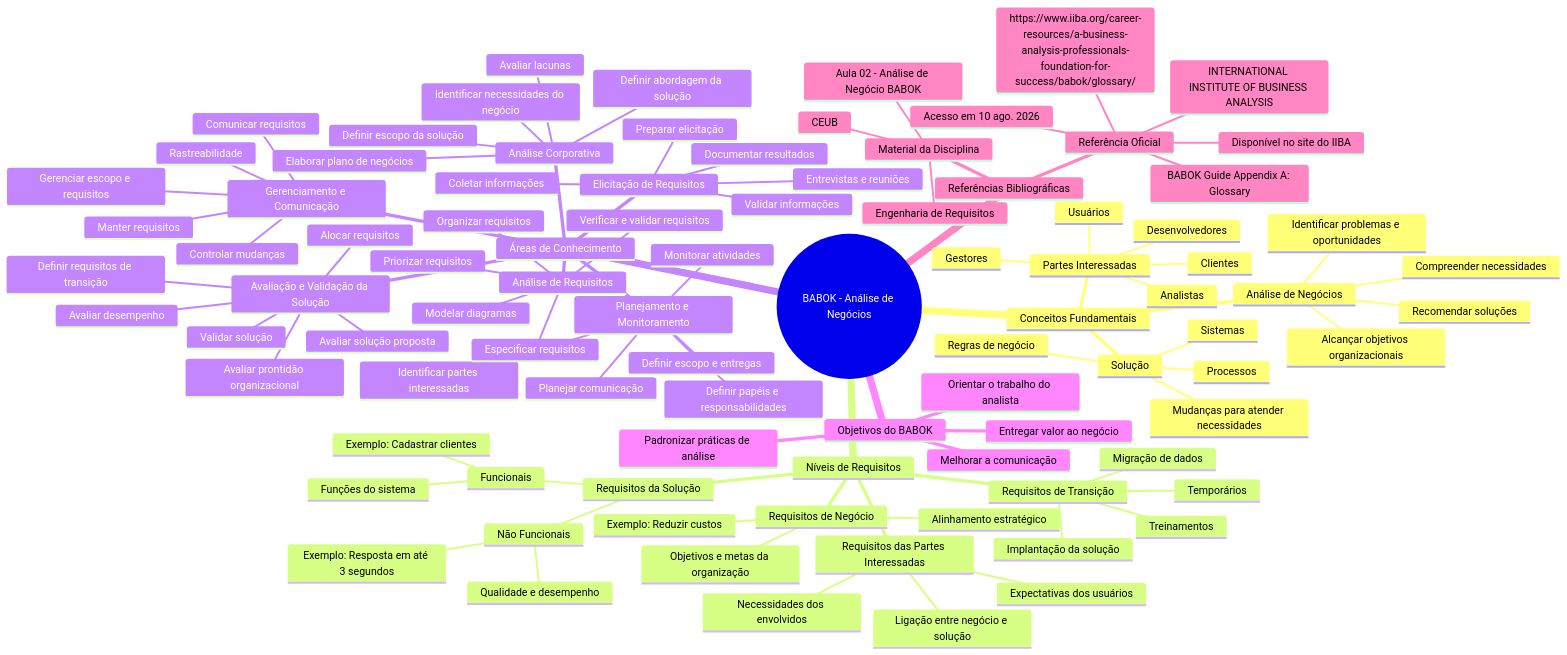
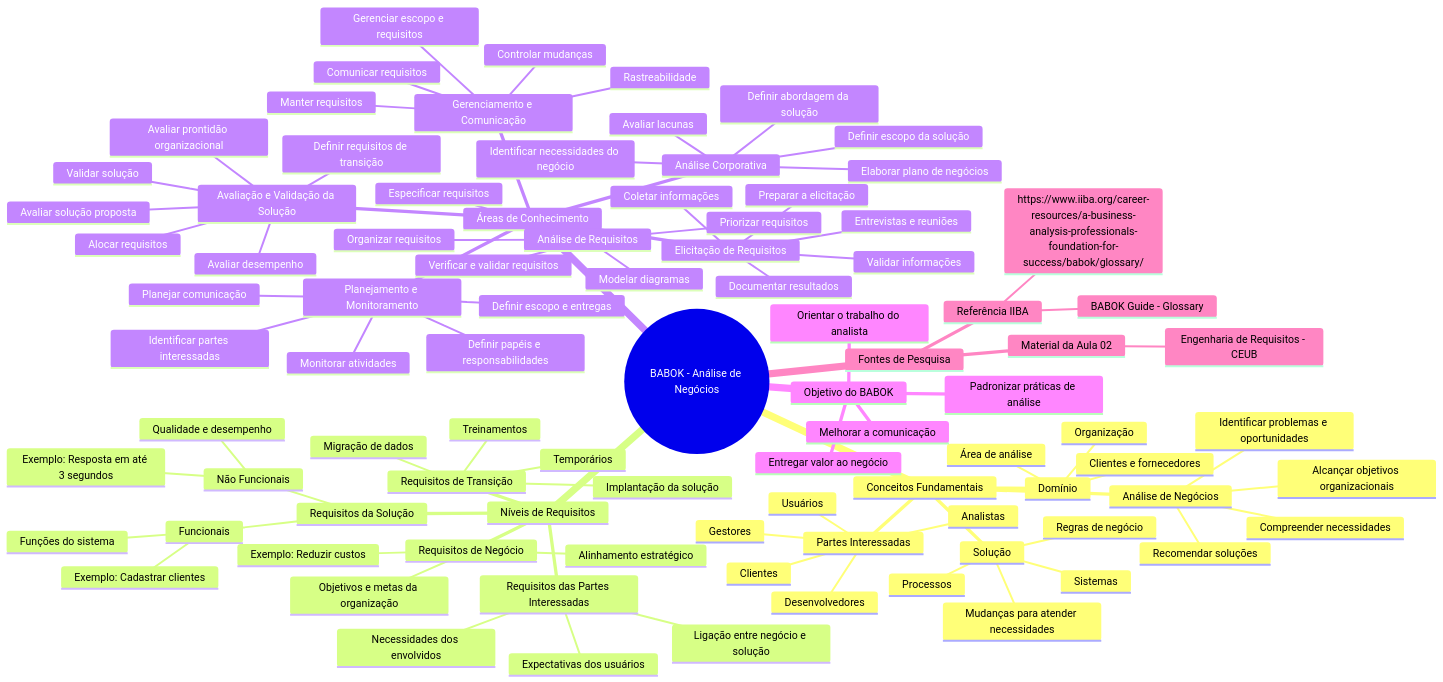
The diagram in Unidade 2/MapaMentalBabok.md (anabeatrizAC/Engenharia-de-Requisitos-1), drawn with Mermaid before and after one commit.

Commit message:
Revise BABOK document structure and references
Updated sections on objectives and references in the BABOK document.

````diff
--- a/Unidade 2/MapaMentalBabok.md
+++ b/Unidade 2/MapaMentalBabok.md
@@ -8,6 +8,10 @@
         Compreender necessidades
         Recomendar soluções
         Alcançar objetivos organizacionais
+      Domínio
+        Área de análise
+        Organização
+        Clientes e fornecedores
       Partes Interessadas
         Clientes
         Usuários
@@ -50,7 +54,7 @@
         Definir escopo e entregas
         Monitorar atividades
       Elicitação de Requisitos
-        Preparar elicitação
+        Preparar a elicitação
         Entrevistas e reuniões
         Coletar informações
         Documentar resultados
@@ -81,21 +85,16 @@
         Validar solução
         Avaliar desempenho
 
-    Objetivos do BABOK
+    Objetivo do BABOK
       Padronizar práticas de análise
       Orientar o trabalho do analista
       Melhorar a comunicação
       Entregar valor ao negócio
 
-    Referências Bibliográficas
-      Material da Disciplina
-        Engenharia de Requisitos
-        Aula 02 - Análise de Negócio BABOK
-        CEUB
-      Referência Oficial
-        INTERNATIONAL INSTITUTE OF BUSINESS ANALYSIS
-        BABOK Guide Appendix A: Glossary
-        Disponível no site do IIBA
+    Fontes de Pesquisa
+      Material da Aula 02
+        Engenharia de Requisitos - CEUB
+      Referência IIBA
+        BABOK Guide - Glossary
         https://www.iiba.org/career-resources/a-business-analysis-professionals-foundation-for-success/babok/glossary/
-        Acesso em 10 ago. 2026
 ```
````
